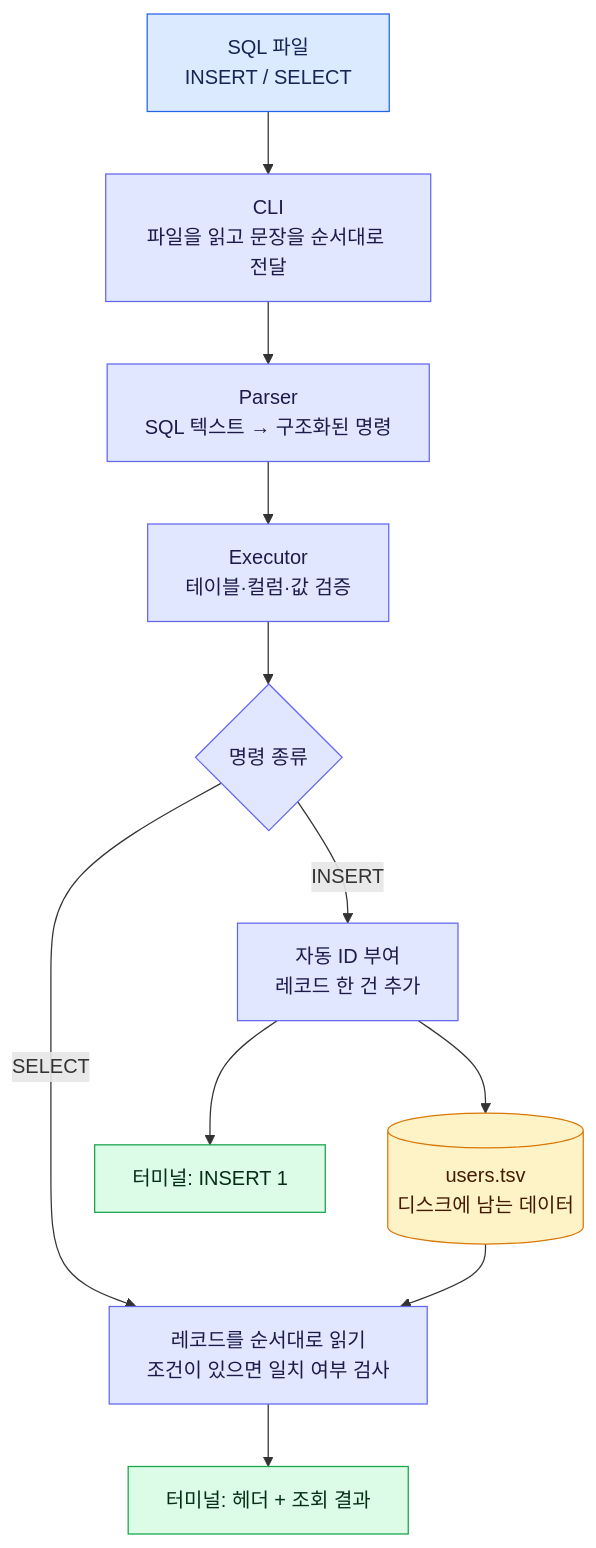
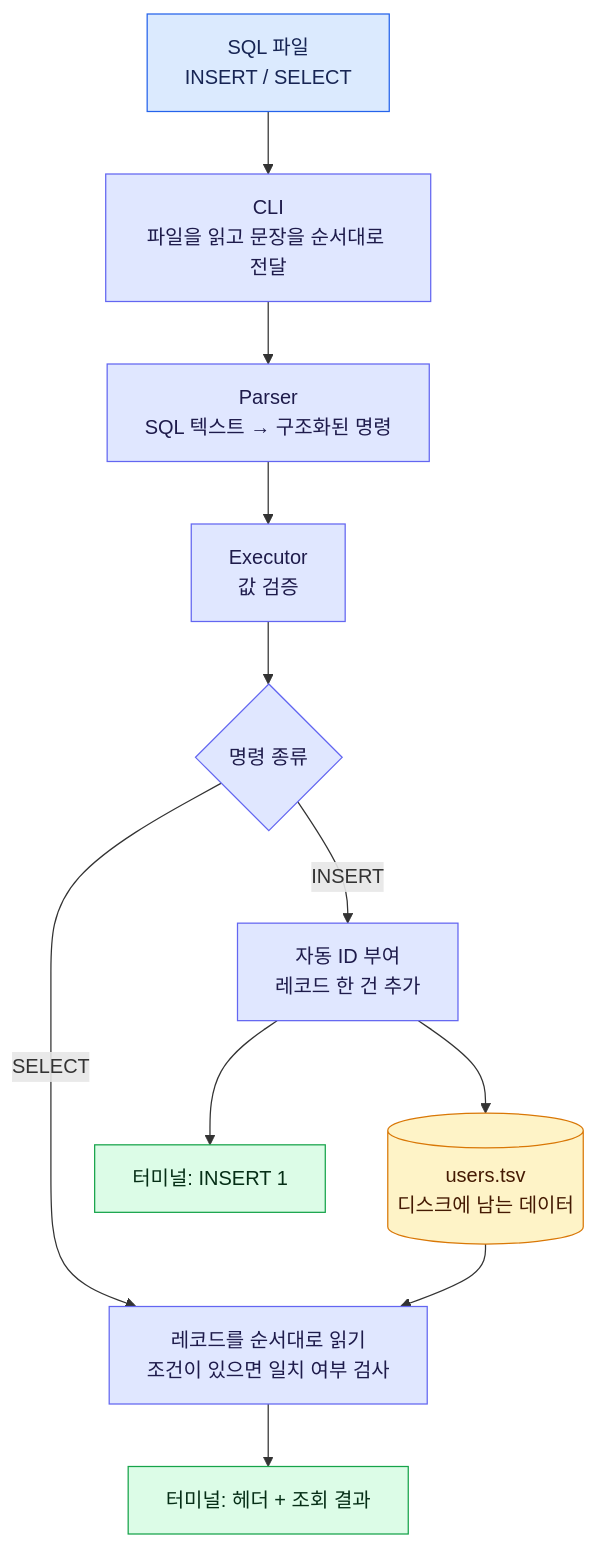
Before and after one commit to cocham/JungleWeek11-13: the first of 3 diagrams in miniDBMS/docs/spec.md, drawn with Mermaid. The commit also changed 1 other file, not shown here.

Commit message:
docs(DB-P1-01): README 실행 경로와 명세 다이어그램 수정
- README 실행 예시에 섞인 백스페이스 문자를 지우고 examples/basic.sql로 수정
- 명세 다이어그램의 Executor 역할을 실제 구현에 맞춰 '값 검증'으로 수정

````diff
--- a/miniDBMS/docs/spec.md
+++ b/miniDBMS/docs/spec.md
@@ -14,21 +14,21 @@
 ```mermaid
 flowchart TD
     SQL["SQL 파일<br/>INSERT / SELECT"] --> CLI["CLI<br/>파일을 읽고 문장을 순서대로 전달"]
     CLI --> PARSE["Parser<br/>SQL 텍스트 → 구조화된 명령"]
-    PARSE --> EXEC["Executor<br/>테이블·컬럼·값 검증"]
+    PARSE --> EXEC["Executor<br/>값 검증"]
     EXEC --> KIND{"명령 종류"}
     KIND -->|INSERT| INSERT["자동 ID 부여<br/>레코드 한 건 추가"]
     KIND -->|SELECT| SELECT["레코드를 순서대로 읽기<br/>조건이 있으면 일치 여부 검사"]
     INSERT --> FILE[("users.tsv<br/>디스크에 남는 데이터")]
     FILE --> SELECT
     INSERT --> OK["터미널: INSERT 1"]
     SELECT --> RESULT["터미널: 헤더 + 조회 결과"]
     classDef input fill:#dbeafe,stroke:#2563eb,color:#172554;
     classDef process fill:#e0e7ff,stroke:#6366f1,color:#1e1b4b;
     classDef storage fill:#fef3c7,stroke:#d97706,color:#451a03;
     classDef output fill:#dcfce7,stroke:#16a34a,color:#052e16;
     class SQL input;
     class CLI,PARSE,EXEC,KIND,INSERT,SELECT process;
     class FILE storage;
     class OK,RESULT output;
 ```
````
